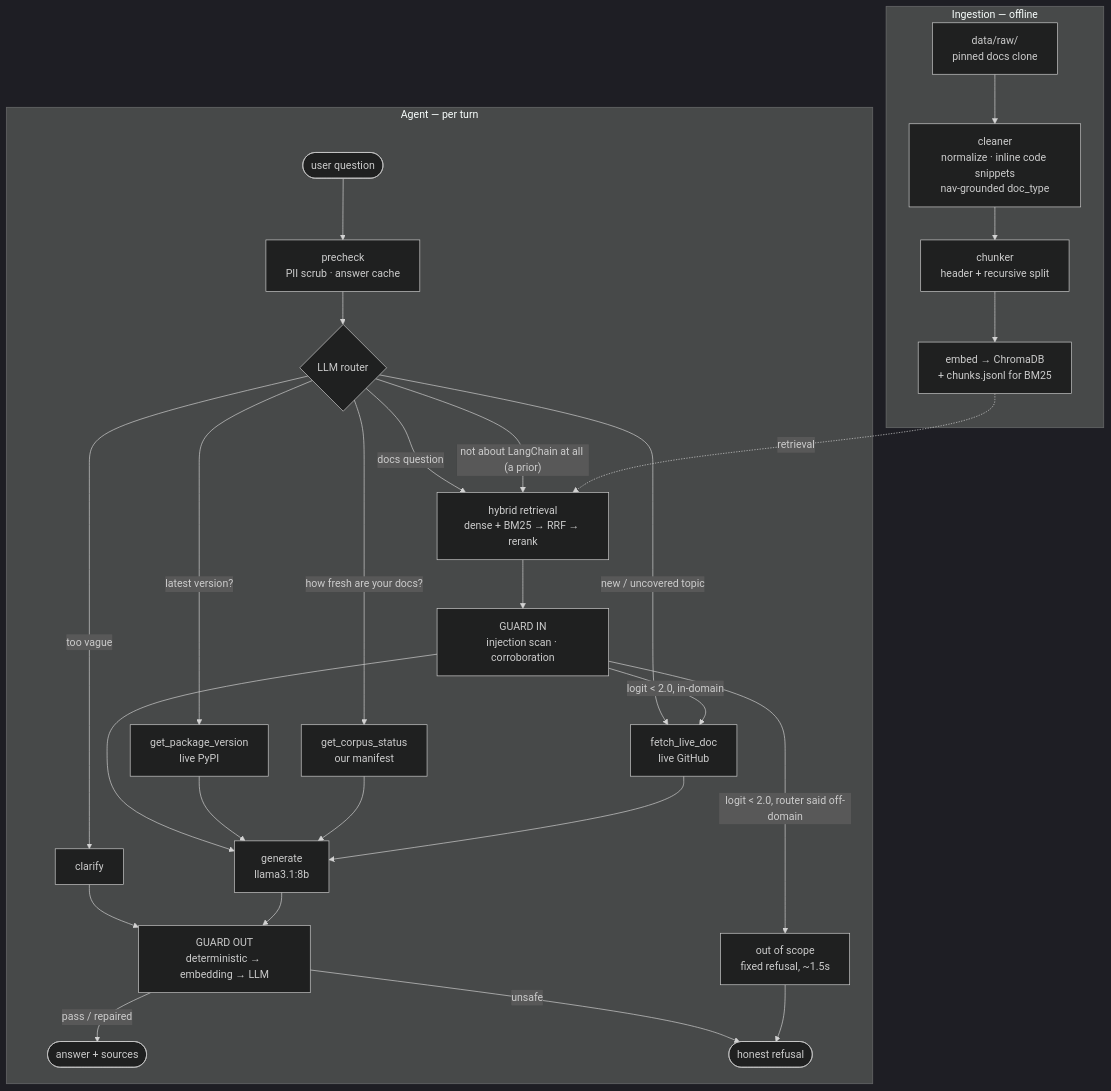
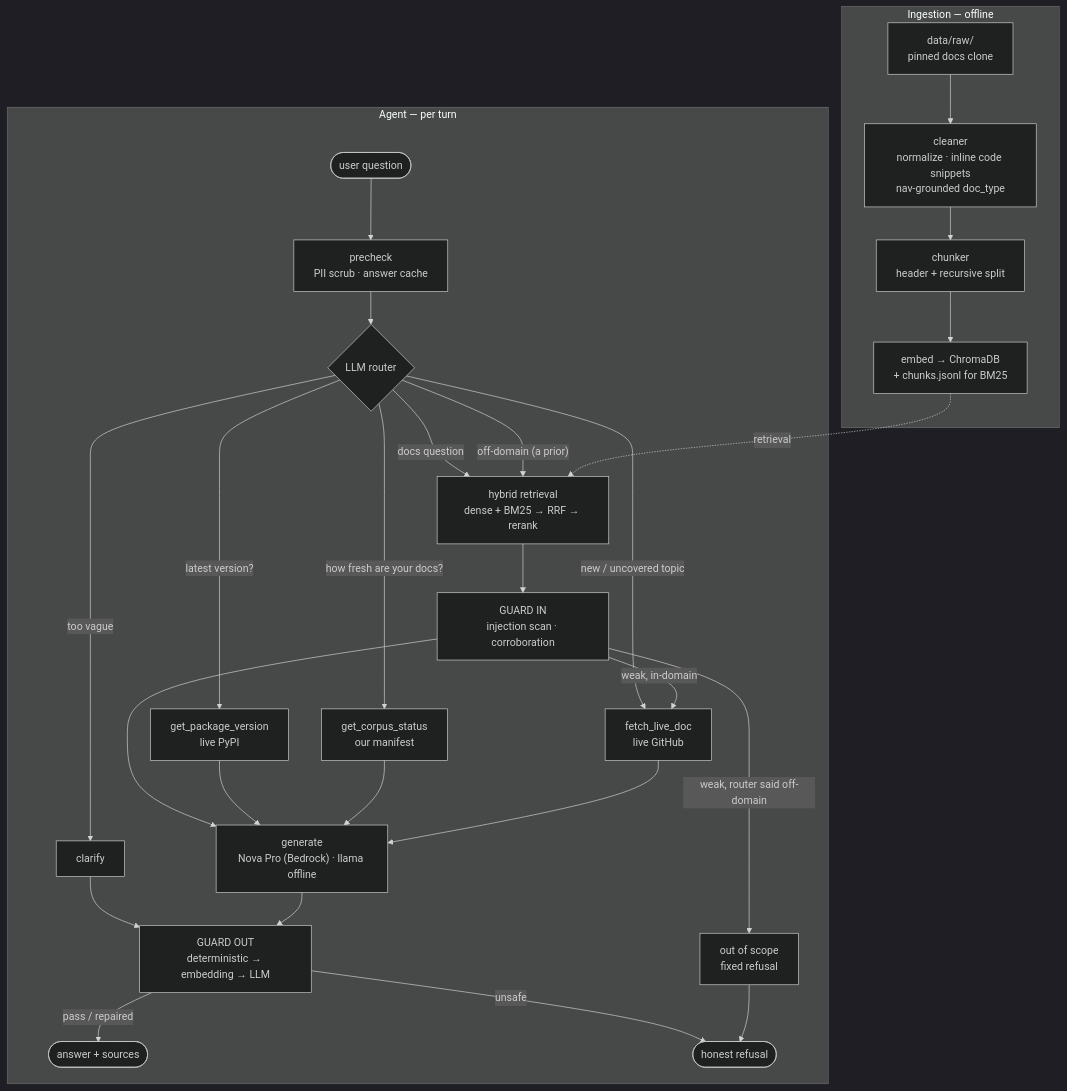
One commit to parimalganorkar/agentic-rag-assistant changed the diagram in README.md. Above: the diagram before and after it, drawn with Mermaid (dark theme). The commit also changed other lines of this file, not shown here.

Commit message:
RAGAS re-run on Nova Pro

````diff
--- a/README.md
+++ b/README.md
@@ -204,34 +78,34 @@
 ```mermaid
 flowchart TD
     subgraph IG["Ingestion — offline"]
         RAW["data/raw/<br/>pinned docs clone"] --> CLEAN["cleaner<br/>normalize · inline code snippets<br/>nav-grounded doc_type"]
         CLEAN --> CH["chunker<br/>header + recursive split"]
         CH --> EMB["embed → ChromaDB<br/>+ chunks.jsonl for BM25"]
     end
 
     subgraph AG["Agent — per turn"]
         Q(["user question"]) --> PRE["precheck<br/>PII scrub · answer cache"]
         PRE --> ROUTER{"LLM router"}
         ROUTER -->|docs question| RET["hybrid retrieval<br/>dense + BM25 → RRF → rerank"]
+        ROUTER -->|"off-domain (a prior)"| RET
         ROUTER -->|"latest version?"| T1["get_package_version<br/>live PyPI"]
         ROUTER -->|"how fresh are your docs?"| T2["get_corpus_status<br/>our manifest"]
         ROUTER -->|new / uncovered topic| T3["fetch_live_doc<br/>live GitHub"]
         ROUTER -->|too vague| CLR["clarify"]
-        ROUTER -->|"not about LangChain at all (a prior)"| RET
 
         RET --> GIN["GUARD IN<br/>injection scan · corroboration"]
-        GIN -->|"logit < 2.0, in-domain"| T3
-        GIN -->|"logit < 2.0, router said off-domain"| OOS["out of scope<br/>fixed refusal, ~1.5s"]
-        GIN --> GEN["generate<br/>llama3.1:8b"]
+        GIN -->|"weak, in-domain"| T3
+        GIN -->|"weak, router said off-domain"| OOS["out of scope<br/>fixed refusal"]
+        GIN --> GEN["generate<br/>Nova Pro (Bedrock) · llama offline"]
         T1 --> GEN
         T2 --> GEN
         T3 --> GEN
         CLR --> GOUT
         GEN --> GOUT["GUARD OUT<br/>deterministic → embedding → LLM"]
         GOUT -->|pass / repaired| ANS(["answer + sources"])
         GOUT -->|unsafe| REF(["honest refusal"])
         OOS --> REF
     end
 
     EMB -.->|retrieval| RET
 ```
````
